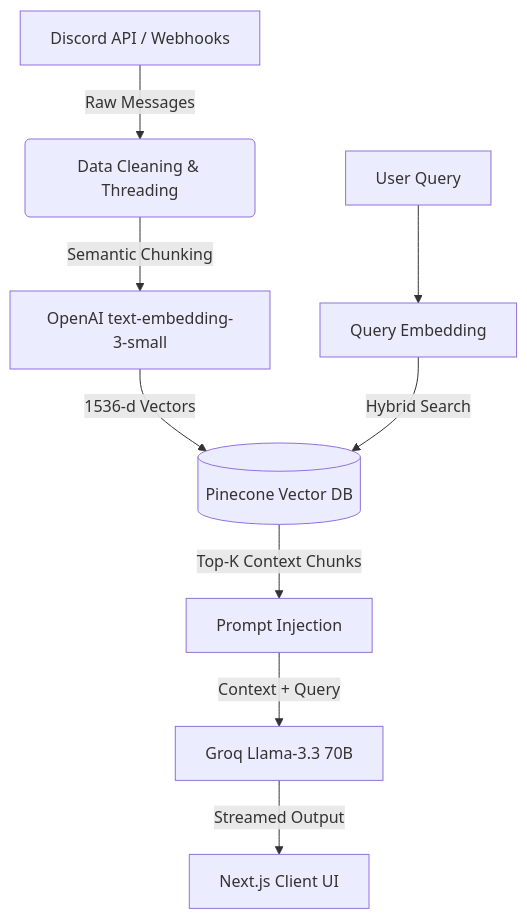
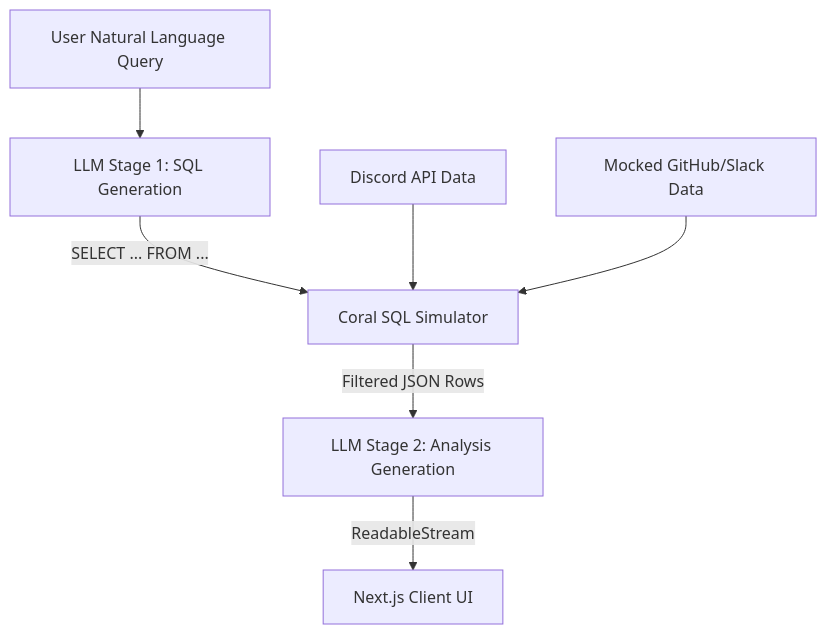
The diagram in README.md (19Kushagra0/discord-analyzer), drawn with Mermaid before and after one commit. The commit also changed other lines of this file and 4 other files, not shown here.

````diff
--- a/README.md
+++ b/README.md
@@ -41,12 +55,9 @@
 ```mermaid
 graph TD;
-    A[Discord API / Webhooks] -->|Raw Messages| B(Data Cleaning & Threading);
-    B -->|Semantic Chunking| C[OpenAI text-embedding-3-small];
-    C -->|1536-d Vectors| D[(Pinecone Vector DB)];
-    
-    E[User Query] --> F[Query Embedding];
-    F -->|Hybrid Search| D;
-    D -->|Top-K Context Chunks| G[Prompt Injection];
-    G -->|Context + Query| H[Groq Llama-3.3 70B];
-    H -->|Streamed Output| I[Next.js Client UI];
+    A[User Natural Language Query] --> B[LLM Stage 1: SQL Generation];
+    B -->|SELECT ... FROM ...| C[Coral SQL Simulator];
+    D[Discord API Data] --> C;
+    E[Mocked GitHub/Slack Data] --> C;
+    C -->|Filtered JSON Rows| F[LLM Stage 2: Analysis Generation];
+    F -->|ReadableStream| G[Next.js Client UI];
 ```
````
